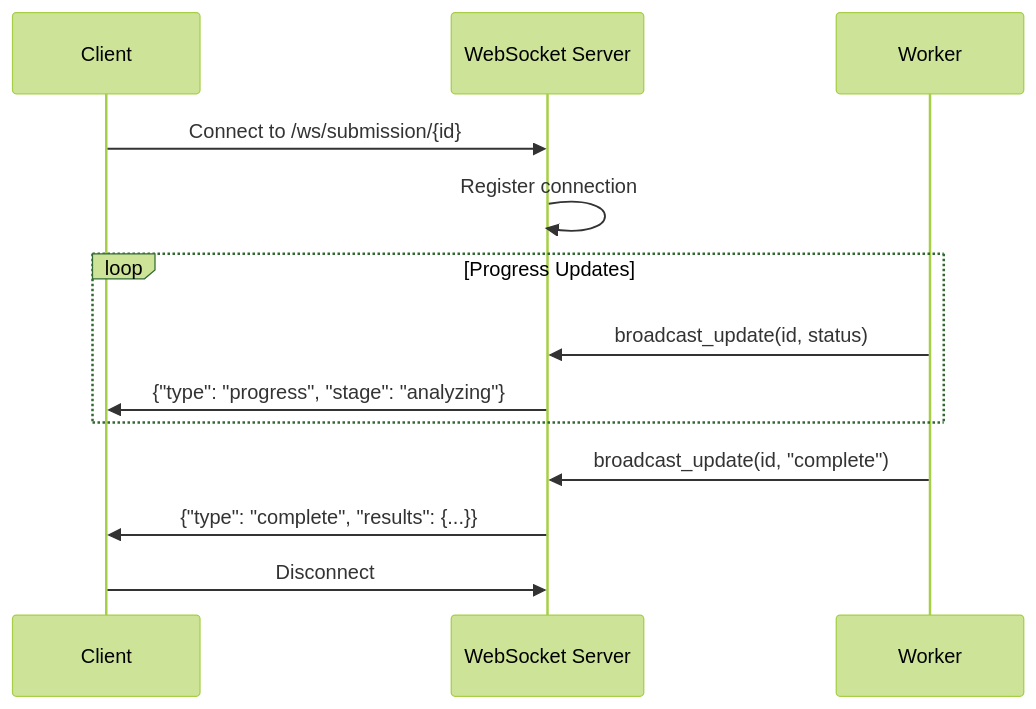
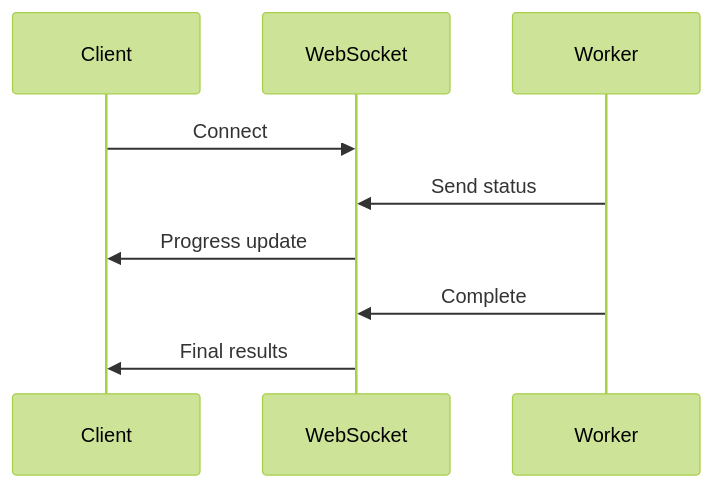
Before and after one commit to NischayJoshi/EvalX: the ninth of 16 diagrams in README.md, drawn with Mermaid (forest theme). The commit also changed other lines of this file, not shown here.

Commit message:
fix: Simplify all broken Mermaid diagrams - Remove User Journey (not rendering well) - Simplify WebSocket, Docker, Error Recovery diagrams - Replace Health Monitoring with table - Simplify PPT, GitHub, Interview module diagrams - Fix Domain Evaluators and Analytics with tables

````diff
--- a/README.md
+++ b/README.md
@@ -486,18 +446,12 @@
 ```mermaid
 sequenceDiagram
     participant C as Client
-    participant WS as WebSocket Server
+    participant WS as WebSocket
     participant W as Worker
     
-    C->>WS: Connect to /ws/submission/{id}
-    WS->>WS: Register connection
-    
-    loop Progress Updates
-        W->>WS: broadcast_update(id, status)
-        WS->>C: {"type": "progress", "stage": "analyzing"}
-    end
-    
-    W->>WS: broadcast_update(id, "complete")
-    WS->>C: {"type": "complete", "results": {...}}
-    C->>WS: Disconnect
+    C->>WS: Connect
+    W->>WS: Send status
+    WS->>C: Progress update
+    W->>WS: Complete
+    WS->>C: Final results
 ```
````
